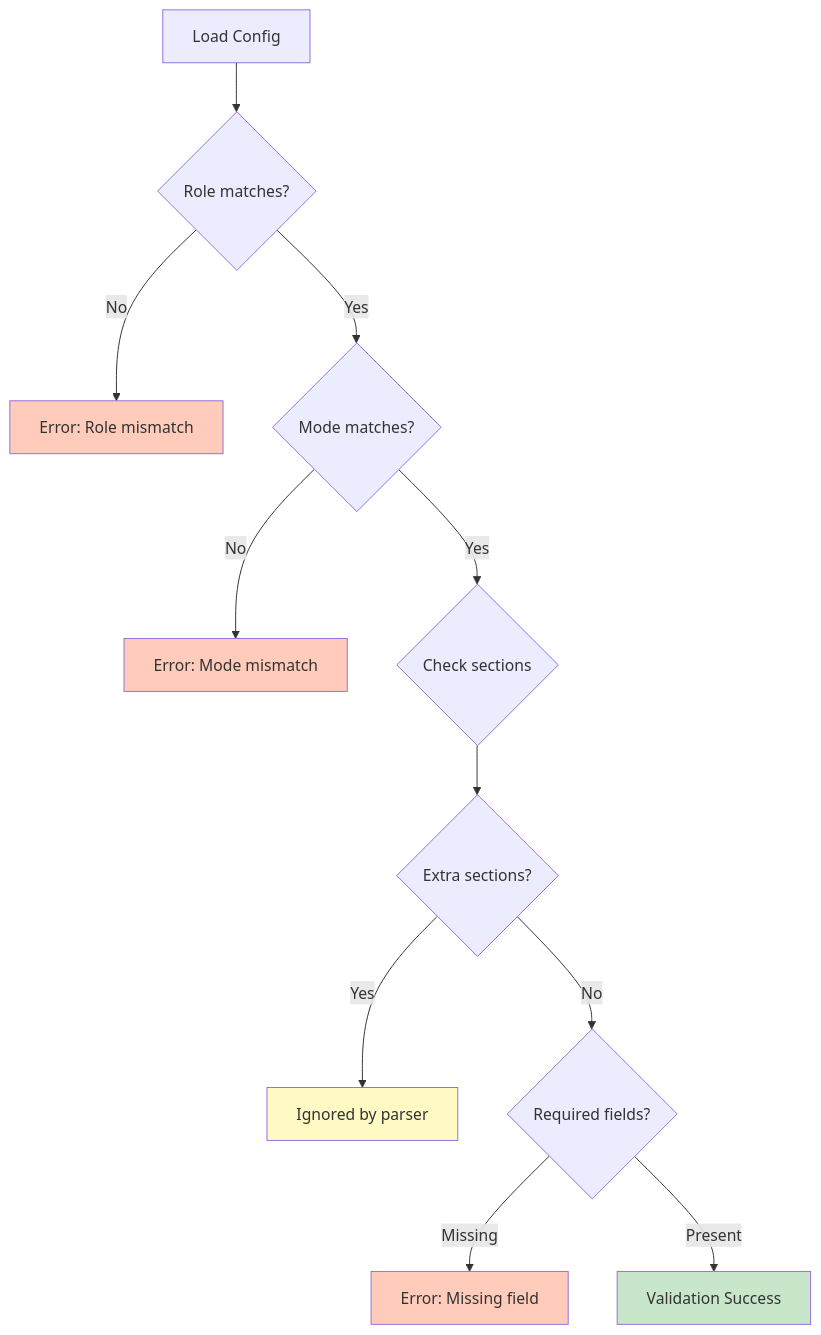
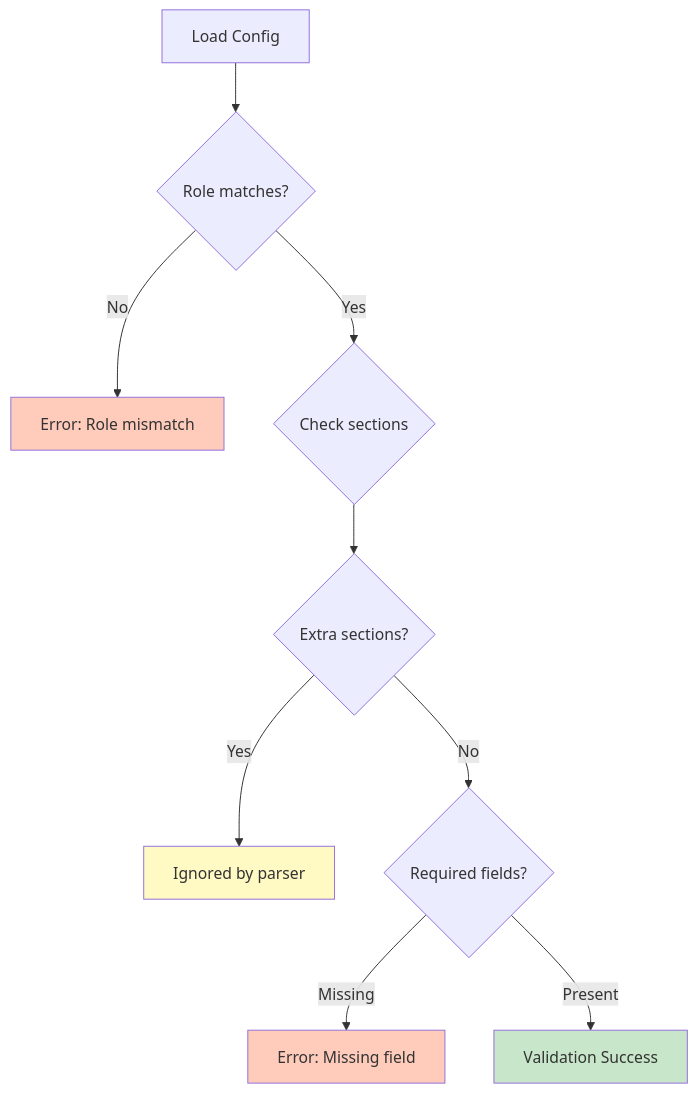
One commit to andrewtheguy/tunnel-rs changed diagram 12 of 22 in docs/ARCHITECTURE.md. Above: the diagram before and after it, drawn with Mermaid. The commit also changed other lines of this file and 54 other files, not shown here.

````diff
--- a/docs/ARCHITECTURE.md
+++ b/docs/ARCHITECTURE.md
@@ -559,21 +447,18 @@
 ```mermaid
 graph TB
     A[Load Config] --> B{Role matches?}
     B -->|No| C[Error: Role mismatch]
-    B -->|Yes| D{Mode matches?}
-    D -->|No| E[Error: Mode mismatch]
-    D -->|Yes| F{Check sections}
-    
+    B -->|Yes| F{Check sections}
+
     F --> G{Extra sections?}
     G -->|Yes| H[Ignored by parser]
     G -->|No| I{Required fields?}
-    
+
     I -->|Missing| J[Error: Missing field]
     I -->|Present| K[Validation Success]
-    
+
     style C fill:#FFCCBC
-    style E fill:#FFCCBC
     style H fill:#FFF9C4
     style J fill:#FFCCBC
     style K fill:#C8E6C9
 ```
````
